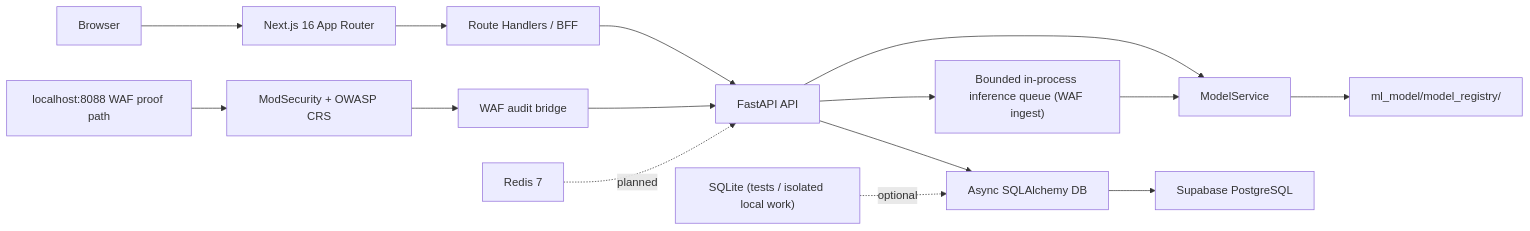
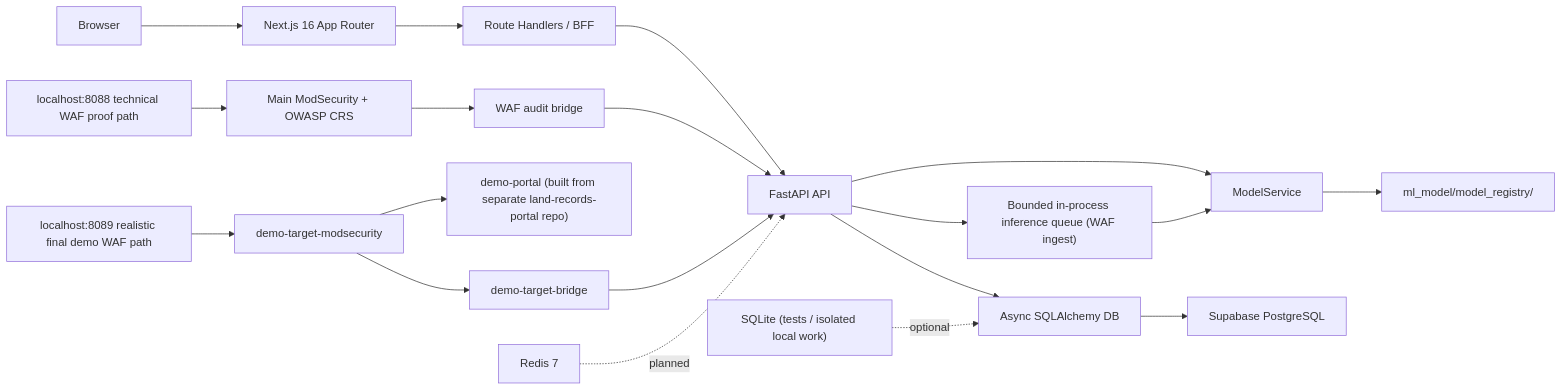
One commit to PooKYZZZ/injection-alert-system changed the diagram in docs/architecture.md. Above: the diagram before and after it, drawn with Mermaid. The commit also changed other lines of this file and 12 other files, not shown here.

First line of the commit message:
Update documentation for demo-target WAF proof and related components

````diff
--- a/docs/architecture.md
+++ b/docs/architecture.md
@@ -11,18 +11,22 @@
 ```mermaid
 flowchart LR
     Browser["Browser"] --> Next["Next.js 16 App Router"]
     Next --> BFF["Route Handlers / BFF"]
     BFF --> FastAPI["FastAPI API"]
     FastAPI --> Model["ModelService"]
     FastAPI --> Queue["Bounded in-process inference queue (WAF ingest)"]
     Queue --> Model
     FastAPI --> DB["Async SQLAlchemy DB"]
     Model --> Registry["ml_model/model_registry/"]
     DB --> Supabase["Supabase PostgreSQL"]
 
     SQLite["SQLite (tests / isolated local work)"] -. optional .-> DB
-    WAFProof["localhost:8088 WAF proof path"] --> ModSec["ModSecurity + OWASP CRS"]
+    WAFProof["localhost:8088 technical WAF proof path"] --> ModSec["Main ModSecurity + OWASP CRS"]
     ModSec --> Bridge["WAF audit bridge"]
     Bridge --> FastAPI
+    DemoWAF["localhost:8089 realistic final demo WAF path"] --> DemoModSec["demo-target-modsecurity"]
+    DemoModSec --> DemoTarget["demo-portal (built from separate land-records-portal repo)"]
+    DemoModSec --> DemoBridge["demo-target-bridge"]
+    DemoBridge --> FastAPI
     Redis["Redis 7"] -. planned .-> FastAPI
 ```
````
